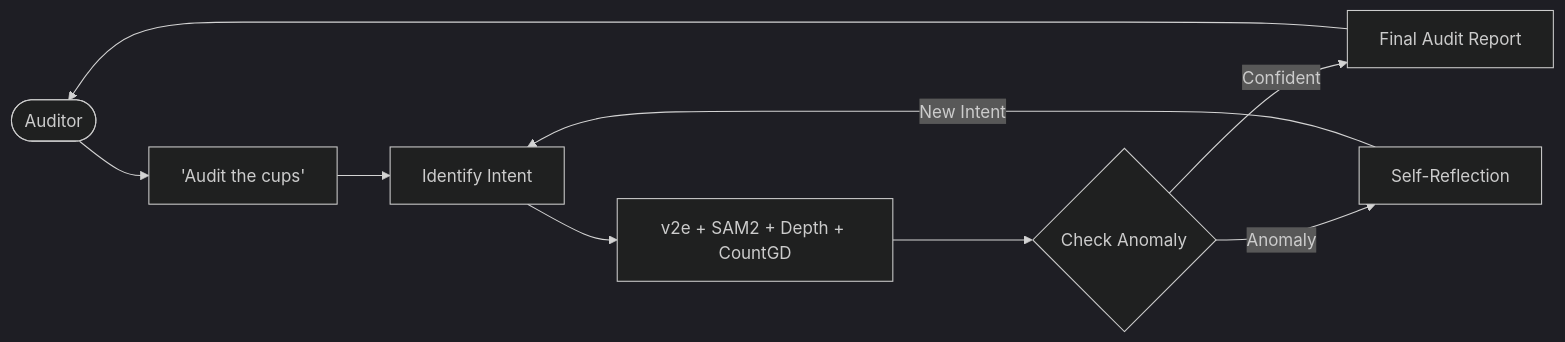
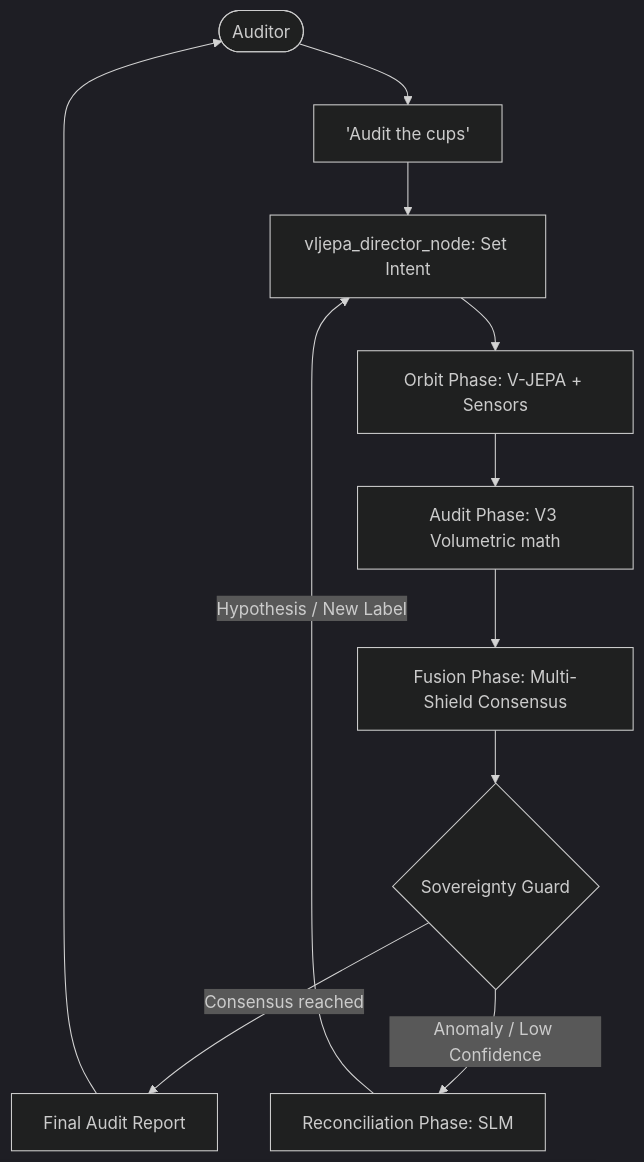
The diagram in User_Flow.md (Yonnnnnnnnn/numeri-vjepa-experiment), drawn with Mermaid (dark theme) before and after one commit. The commit also changed other lines of this file and 153 other files, not shown here.

````diff
--- a/User_Flow.md
+++ b/User_Flow.md
@@ -5,11 +5,15 @@
 ```mermaid
-graph LR
+graph TD
     User([Auditor]) --> Prompt["'Audit the cups'"]
-    Prompt --> vljepa_director_node[Identify Intent]
-    vljepa_director_node --> Perception[v2e + SAM2 + Depth + CountGD]
-    Perception --> logic_gate_node{Check Anomaly}
-    logic_gate_node -- "Confident" --> Resolved[Final Audit Report]
-    logic_gate_node -- "Anomaly" --> targeted_slm_node[Self-Reflection]
-    targeted_slm_node -- "New Intent" --> vljepa_director_node
+    Prompt --> Director[vljepa_director_node: Set Intent]
+    Director --> Vision[Orbit Phase: V-JEPA + Sensors]
+    Vision --> Math[Audit Phase: V3 Volumetric math]
+    Math --> Fusion[Fusion Phase: Multi-Shield Consensus]
+    Fusion --> Gate{Sovereignty Guard}
+
+    Gate -- "Consensus reached" --> Resolved[Final Audit Report]
+    Gate -- "Anomaly / Low Confidence" --> Reasoner[Reconciliation Phase: SLM]
+
+    Reasoner -- "Hypothesis / New Label" --> Director
     Resolved --> User
 ```
````
